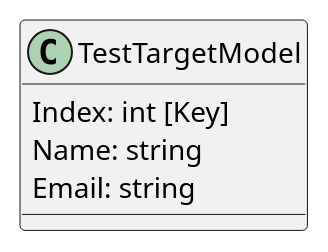
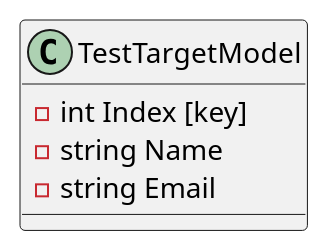
The fourth of 5 diagrams in docs/generated/Framework/Eliassen.System.Tests/Linq/TestTargets/Documentation.md (mwwhited-forks/dotnet-libs), drawn with PlantUML before and after one commit. The commit also changed other lines of this file and 444 other files, not shown here.

````diff
--- a/docs/generated/Framework/Eliassen.System.Tests/Linq/TestTargets/Documentation.md
+++ b/docs/generated/Framework/Eliassen.System.Tests/Linq/TestTargets/Documentation.md
@@ -158,10 +60,9 @@
 ```plantuml
 @startuml
 class TestTargetModel {
-  Index: int [Key]
-  Name: string
-  Email: string
+    - int Index [key]
+    - string Name
+    - string Email
 }
-
 @enduml
 ```
````
